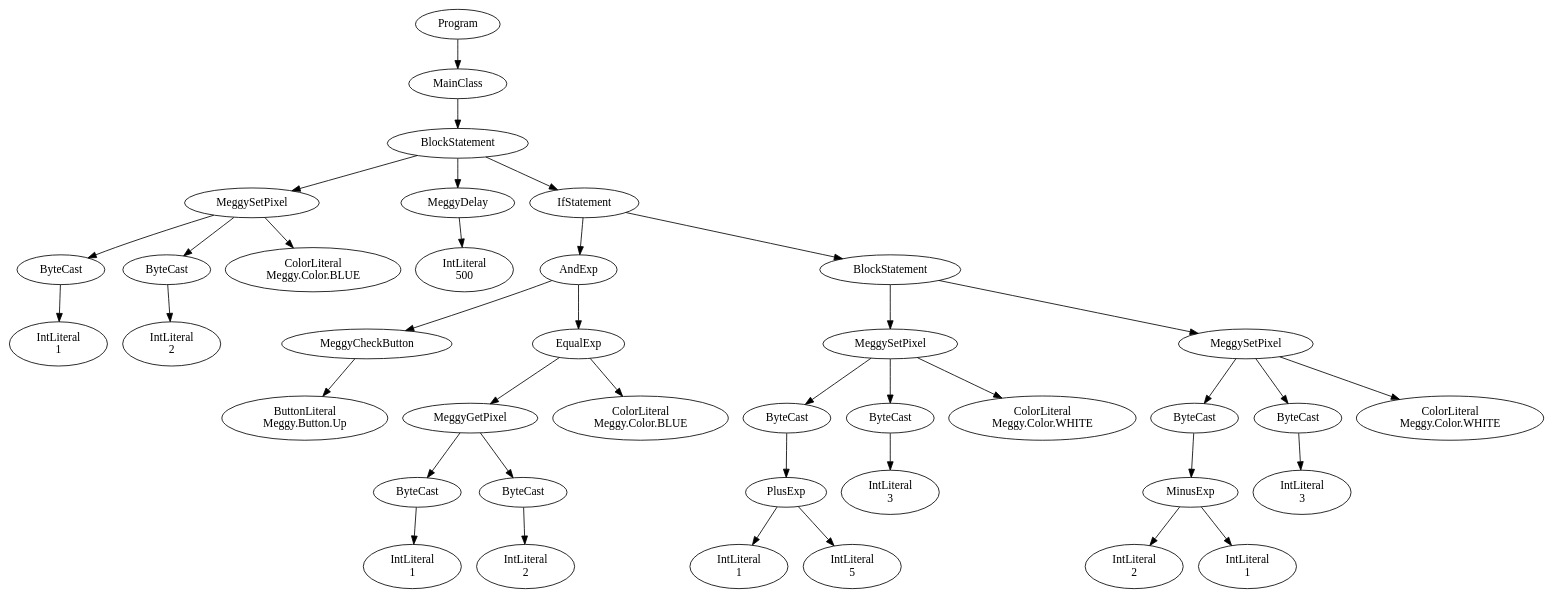
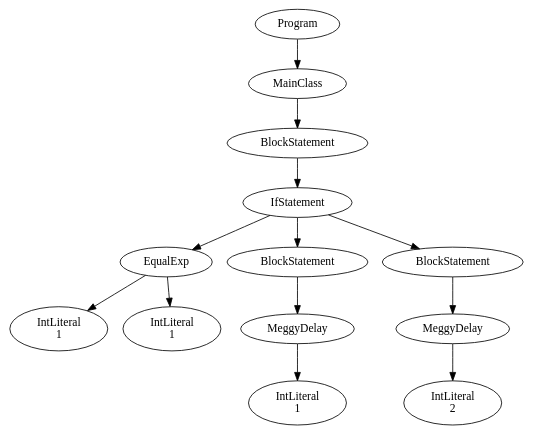
The diagram in PA3/PA3Test1.java.ast.dot (Ajith20/MeggyJava-compiler), drawn with Graphviz before and after one commit. The commit also changed 29 other files, not shown here.

```diff
--- a/PA3/PA3Test1.java.ast.dot
+++ b/PA3/PA3Test1.java.ast.dot
@@ -1,79 +1,27 @@
 digraph ASTGraph {
 0 [ label="Program" ];
 1 [ label="MainClass" ];
 0 -> 1
 2 [ label="BlockStatement" ];
 1 -> 2
-3 [ label="MeggySetPixel" ];
+3 [ label="IfStatement" ];
 2 -> 3
-4 [ label="ByteCast" ];
+4 [ label="EqualExp" ];
 3 -> 4
 5 [ label="IntLiteral\n1" ];
 4 -> 5
-6 [ label="ByteCast" ];
-3 -> 6
-7 [ label="IntLiteral\n2" ];
-6 -> 7
-8 [ label="ColorLiteral\nMeggy.Color.BLUE" ];
-3 -> 8
-9 [ label="MeggyDelay" ];
-2 -> 9
-10 [ label="IntLiteral\n500" ];
-9 -> 10
-11 [ label="IfStatement" ];
-2 -> 11
-12 [ label="AndExp" ];
+6 [ label="IntLiteral\n1" ];
+4 -> 6
+7 [ label="BlockStatement" ];
+3 -> 7
+8 [ label="MeggyDelay" ];
+7 -> 8
+9 [ label="IntLiteral\n1" ];
+8 -> 9
+10 [ label="BlockStatement" ];
+3 -> 10
+11 [ label="MeggyDelay" ];
+10 -> 11
+12 [ label="IntLiteral\n2" ];
 11 -> 12
-13 [ label="MeggyCheckButton" ];
-12 -> 13
-14 [ label="ButtonLiteral\nMeggy.Button.Up" ];
-13 -> 14
-15 [ label="EqualExp" ];
-12 -> 15
-16 [ label="MeggyGetPixel" ];
-15 -> 16
-17 [ label="ByteCast" ];
-16 -> 17
-18 [ label="IntLiteral\n1" ];
-17 -> 18
-19 [ label="ByteCast" ];
-16 -> 19
-20 [ label="IntLiteral\n2" ];
-19 -> 20
-21 [ label="ColorLiteral\nMeggy.Color.BLUE" ];
-15 -> 21
-22 [ label="BlockStatement" ];
-11 -> 22
-23 [ label="MeggySetPixel" ];
-22 -> 23
-24 [ label="ByteCast" ];
-23 -> 24
-25 [ label="PlusExp" ];
-24 -> 25
-26 [ label="IntLiteral\n1" ];
-25 -> 26
-27 [ label="IntLiteral\n5" ];
-25 -> 27
-28 [ label="ByteCast" ];
-23 -> 28
-29 [ label="IntLiteral\n3" ];
-28 -> 29
-30 [ label="ColorLiteral\nMeggy.Color.WHITE" ];
-23 -> 30
-31 [ label="MeggySetPixel" ];
-22 -> 31
-32 [ label="ByteCast" ];
-31 -> 32
-33 [ label="MinusExp" ];
-32 -> 33
-34 [ label="IntLiteral\n2" ];
-33 -> 34
-35 [ label="IntLiteral\n1" ];
-33 -> 35
-36 [ label="ByteCast" ];
-31 -> 36
-37 [ label="IntLiteral\n3" ];
-36 -> 37
-38 [ label="ColorLiteral\nMeggy.Color.WHITE" ];
-31 -> 38
 }
```
